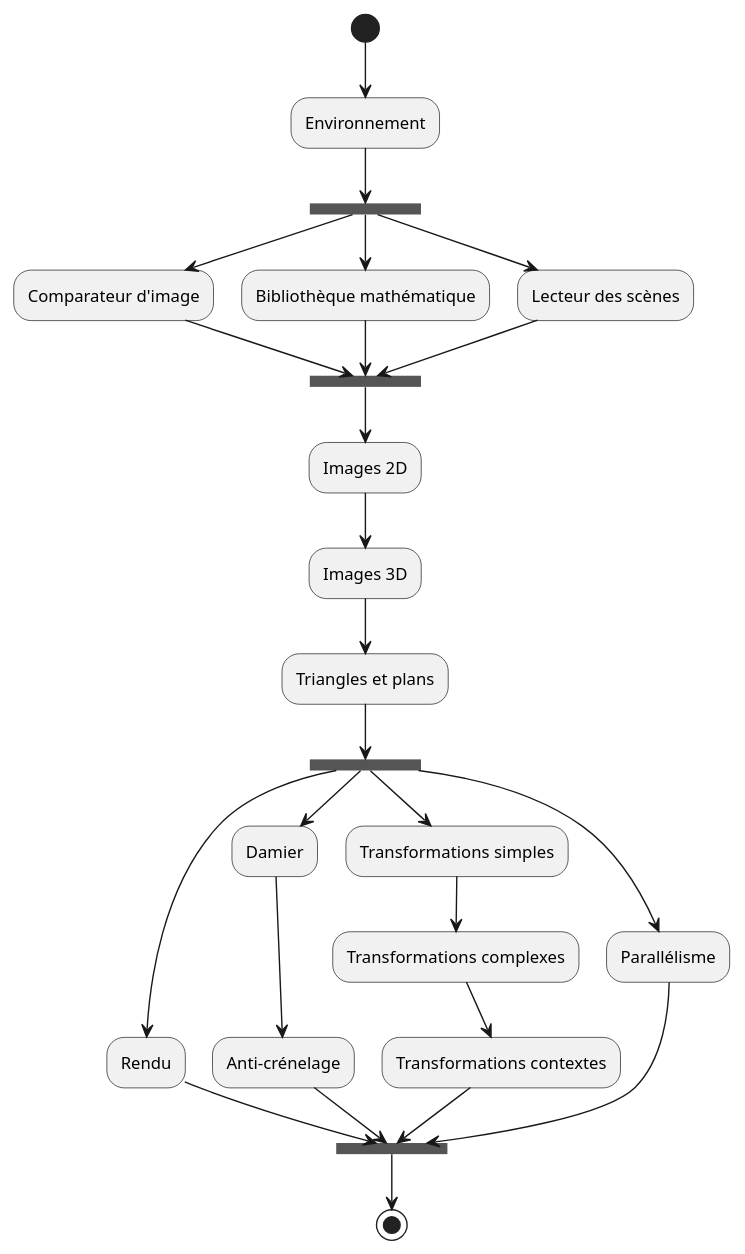
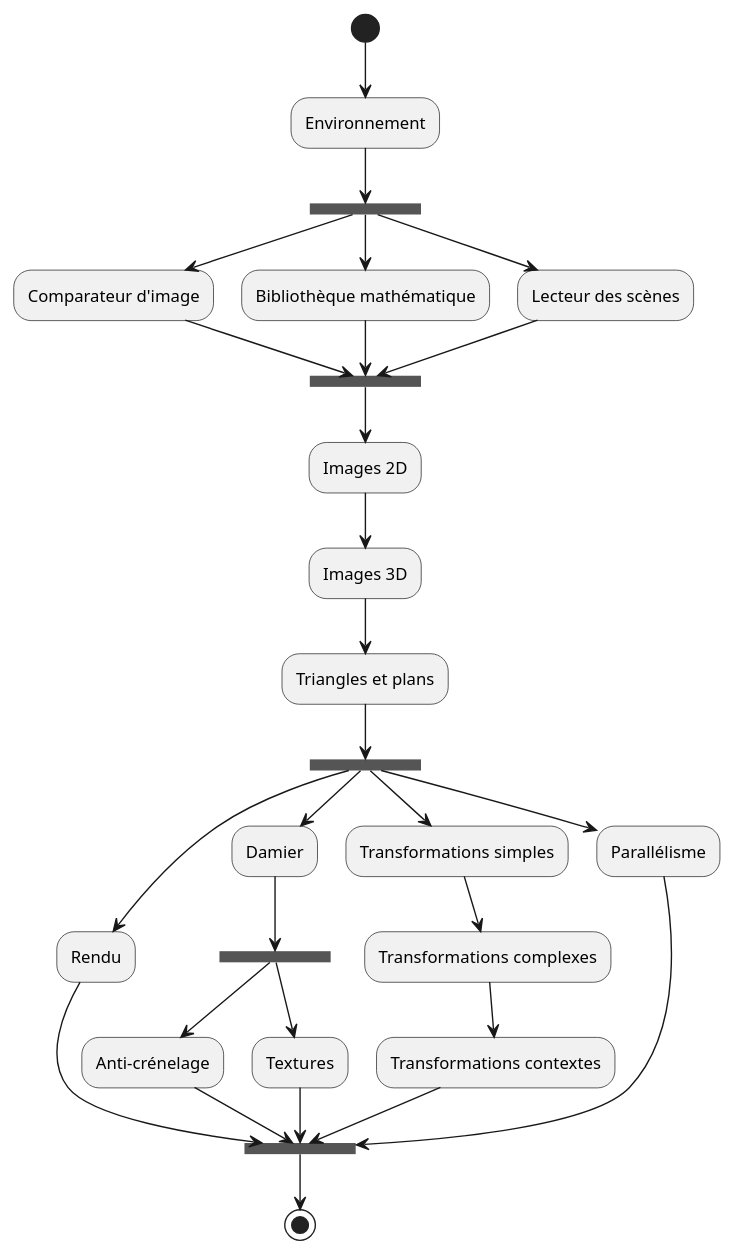
The second of 2 diagrams in README.md (EnzoNli/Lanceur-de-rayons), drawn with PlantUML before and after one commit. The commit also changed other lines of this file, not shown here.

Commit message:
Ajout du sujet sur les textures

````diff
--- a/README.md
+++ b/README.md
@@ -29,26 +29,29 @@
 ```plantuml
 (*) --> "Environnement"
 "Environnement" --> ===B1===
 ===B1=== --> "Comparateur d'image"
 ===B1=== --> "Bibliothèque mathématique"
 ===B1=== --> "Lecteur des scènes"
 "Comparateur d'image" --> ===B2===
 "Bibliothèque mathématique" --> ===B2===
 "Lecteur des scènes" --> ===B2===
 ===B2=== --> "Images 2D"
 "Images 2D" --> "Images 3D"
 "Images 3D" --> "Triangles et plans"
 "Triangles et plans" --> ===B3===
 ===B3=== --> "Rendu"
 ===B3=== --> "Damier"
-"Damier" --> "Anti-crénelage"
+"Damier" --> ===B5===
+===B5=== --> "Anti-crénelage"
+===B5=== --> "Textures"
 ===B3=== --> "Transformations simples"
 "Transformations simples" --> "Transformations complexes"
 "Transformations complexes" --> "Transformations contextes"
 ===B3=== --> "Parallélisme"
 "Parallélisme" --> ===B4===
 "Transformations contextes" --> ===B4===
 "Anti-crénelage" --> ===B4===
+"Textures" --> ===B4===
 "Rendu" --> ===B4===
 ===B4=== --> (*)
 ```
````
